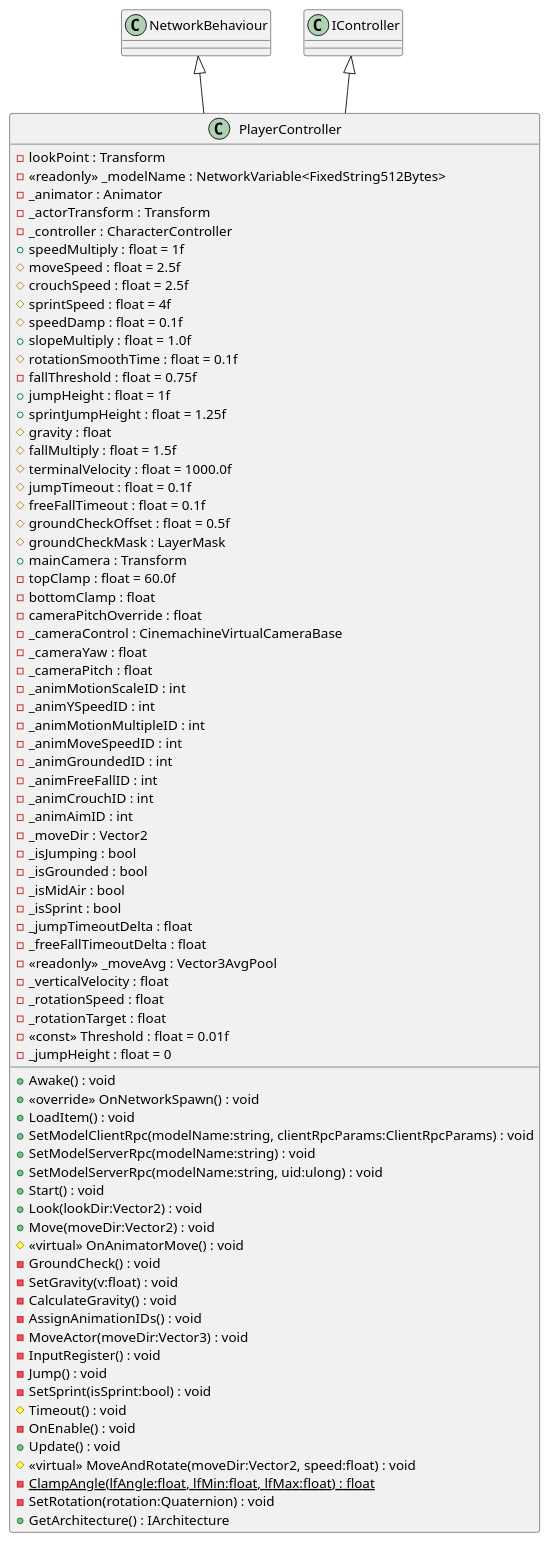
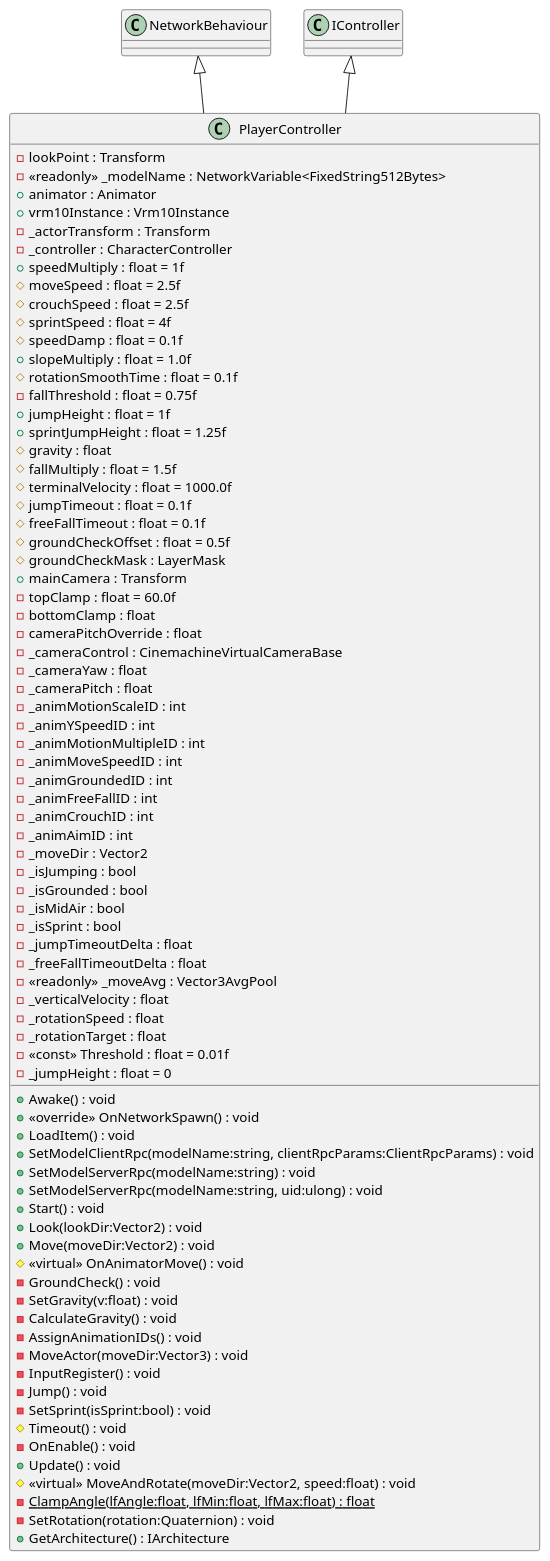
The diagram in src/Assets/Scripts/Core/OnlineRuntimeModule/CharacterControl/puml/PlayerController.puml (cutehusky/VirtualChat3D), drawn with PlantUML before and after one commit. The commit also changed 17 other files, not shown here.

Commit message:
update readme and class diagram

```diff
--- a/src/Assets/Scripts/Core/OnlineRuntimeModule/CharacterControl/puml/PlayerController.puml
+++ b/src/Assets/Scripts/Core/OnlineRuntimeModule/CharacterControl/puml/PlayerController.puml
@@ -1,81 +1,82 @@
 @startuml
 class PlayerController {
     - lookPoint : Transform
     - <<readonly>> _modelName : NetworkVariable<FixedString512Bytes>
-    - _animator : Animator
+    + animator : Animator
+    + vrm10Instance : Vrm10Instance
     - _actorTransform : Transform
     - _controller : CharacterController
     + speedMultiply : float = 1f
     # moveSpeed : float = 2.5f
     # crouchSpeed : float = 2.5f
     # sprintSpeed : float = 4f
     # speedDamp : float = 0.1f
     + slopeMultiply : float = 1.0f
     # rotationSmoothTime : float = 0.1f
     - fallThreshold : float = 0.75f
     + jumpHeight : float = 1f
     + sprintJumpHeight : float = 1.25f
     # gravity : float
     # fallMultiply : float = 1.5f
     # terminalVelocity : float = 1000.0f
     # jumpTimeout : float = 0.1f
     # freeFallTimeout : float = 0.1f
     # groundCheckOffset : float = 0.5f
     # groundCheckMask : LayerMask
     + mainCamera : Transform
     - topClamp : float = 60.0f
     - bottomClamp : float
     - cameraPitchOverride : float
     - _cameraControl : CinemachineVirtualCameraBase
     - _cameraYaw : float
     - _cameraPitch : float
     - _animMotionScaleID : int
     - _animYSpeedID : int
     - _animMotionMultipleID : int
     - _animMoveSpeedID : int
     - _animGroundedID : int
     - _animFreeFallID : int
     - _animCrouchID : int
     - _animAimID : int
     - _moveDir : Vector2
     - _isJumping : bool
     - _isGrounded : bool
     - _isMidAir : bool
     - _isSprint : bool
     - _jumpTimeoutDelta : float
     - _freeFallTimeoutDelta : float
     - <<readonly>> _moveAvg : Vector3AvgPool
     - _verticalVelocity : float
     - _rotationSpeed : float
     - _rotationTarget : float
     - <<const>> Threshold : float = 0.01f
     + Awake() : void
     + <<override>> OnNetworkSpawn() : void
     + LoadItem() : void
     + SetModelClientRpc(modelName:string, clientRpcParams:ClientRpcParams) : void
     + SetModelServerRpc(modelName:string) : void
     + SetModelServerRpc(modelName:string, uid:ulong) : void
     + Start() : void
     + Look(lookDir:Vector2) : void
     + Move(moveDir:Vector2) : void
     # <<virtual>> OnAnimatorMove() : void
     - GroundCheck() : void
     - SetGravity(v:float) : void
     - CalculateGravity() : void
     - AssignAnimationIDs() : void
     - MoveActor(moveDir:Vector3) : void
     - InputRegister() : void
     - _jumpHeight : float = 0
     - Jump() : void
     - SetSprint(isSprint:bool) : void
     # Timeout() : void
     - OnEnable() : void
     + Update() : void
     # <<virtual>> MoveAndRotate(moveDir:Vector2, speed:float) : void
     - {static} ClampAngle(lfAngle:float, lfMin:float, lfMax:float) : float
     - SetRotation(rotation:Quaternion) : void
     + GetArchitecture() : IArchitecture
 }
 NetworkBehaviour <|-- PlayerController
 IController <|-- PlayerController
 @enduml
```
